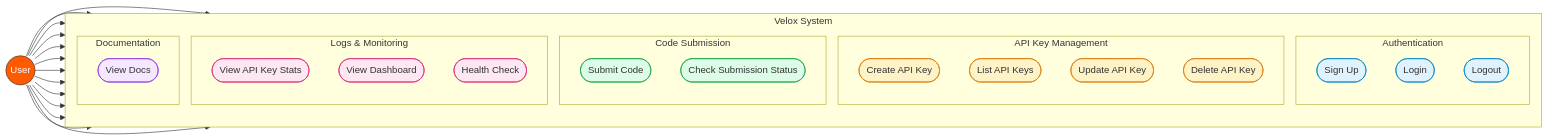
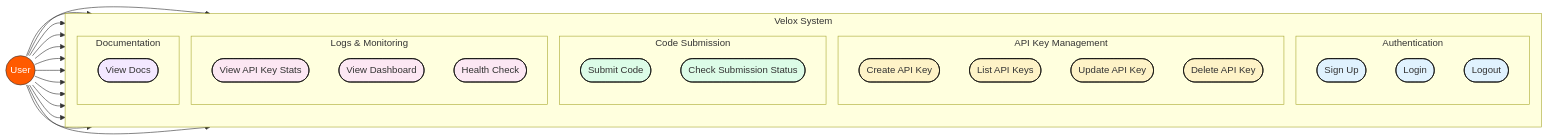
One commit to SrikarBalna/velox changed the first of 3 diagrams in diagrams/04_use_case_diagram.md. Above: the diagram before and after it, drawn with Mermaid. The commit also changed 1 other file, not shown here.

Commit message:
style: update diagram stroke colors to black and clarify design pattern documentation with side-by-side comparisons

````diff
--- a/diagrams/04_use_case_diagram.md
+++ b/diagrams/04_use_case_diagram.md
@@ -9,65 +9,65 @@
 ```mermaid
 flowchart LR
     User(("User"))
 
     subgraph "Velox System"
         direction TB
 
         subgraph "Authentication"
             UC1([Sign Up])
             UC2([Login])
             UC3([Logout])
         end
 
         subgraph "API Key Management"
             UC4([Create API Key])
             UC5([List API Keys])
             UC6([Update API Key])
             UC7([Delete API Key])
         end
 
         subgraph "Code Submission"
             UC8([Submit Code])
             UC9([Check Submission Status])
         end
 
         subgraph "Logs & Monitoring"
             UC10([View API Key Stats])
             UC11([View Dashboard])
             UC12([Health Check])
         end
 
         subgraph "Documentation"
             UC13([View Docs])
         end
     end
 
     User --> UC1
     User --> UC2
     User --> UC3
     User --> UC4
     User --> UC5
     User --> UC6
     User --> UC7
     User --> UC8
     User --> UC9
     User --> UC10
     User --> UC11
     User --> UC12
     User --> UC13
 
     style User fill:#ff5a00,color:#fff,stroke:#333
-    style UC1 fill:#e0f2fe,stroke:#0284c7
-    style UC2 fill:#e0f2fe,stroke:#0284c7
-    style UC3 fill:#e0f2fe,stroke:#0284c7
-    style UC4 fill:#fef3c7,stroke:#d97706
-    style UC5 fill:#fef3c7,stroke:#d97706
-    style UC6 fill:#fef3c7,stroke:#d97706
-    style UC7 fill:#fef3c7,stroke:#d97706
-    style UC8 fill:#dcfce7,stroke:#16a34a
-    style UC9 fill:#dcfce7,stroke:#16a34a
-    style UC10 fill:#fce7f3,stroke:#db2777
-    style UC11 fill:#fce7f3,stroke:#db2777
-    style UC12 fill:#fce7f3,stroke:#db2777
-    style UC13 fill:#f3e8ff,stroke:#9333ea
+    style UC1 fill:#e0f2fe,stroke:#000000
+    style UC2 fill:#e0f2fe,stroke:#000000
+    style UC3 fill:#e0f2fe,stroke:#000000
+    style UC4 fill:#fef3c7,stroke:#000000
+    style UC5 fill:#fef3c7,stroke:#000000
+    style UC6 fill:#fef3c7,stroke:#000000
+    style UC7 fill:#fef3c7,stroke:#000000
+    style UC8 fill:#dcfce7,stroke:#000000
+    style UC9 fill:#dcfce7,stroke:#000000
+    style UC10 fill:#fce7f3,stroke:#000000
+    style UC11 fill:#fce7f3,stroke:#000000
+    style UC12 fill:#fce7f3,stroke:#000000
+    style UC13 fill:#f3e8ff,stroke:#000000
 ```
````
